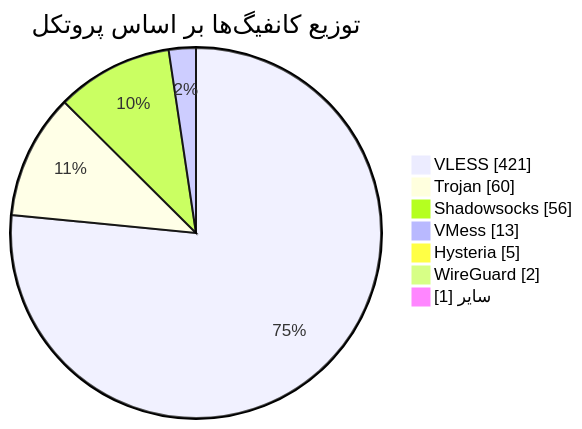
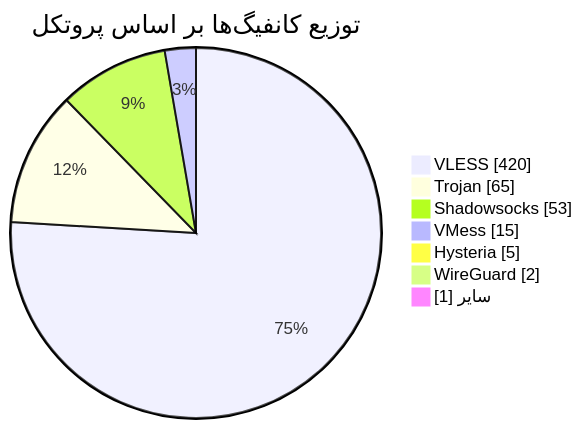
The diagram in README.md (Arian-Alijani/Somthing), drawn with Mermaid before and after one commit. The commit also changed other lines of this file and 19 other files, not shown here.

````diff
--- a/README.md
+++ b/README.md
@@ -49,11 +49,11 @@
 ```mermaid
 pie showData
     title توزیع کانفیگ‌ها بر اساس پروتکل
-    "VLESS" : 421
-    "Trojan" : 60
-    "Shadowsocks" : 56
-    "VMess" : 13
+    "VLESS" : 420
+    "Trojan" : 65
+    "Shadowsocks" : 53
+    "VMess" : 15
     "Hysteria" : 5
     "WireGuard" : 2
     "سایر" : 1
 ```
````
